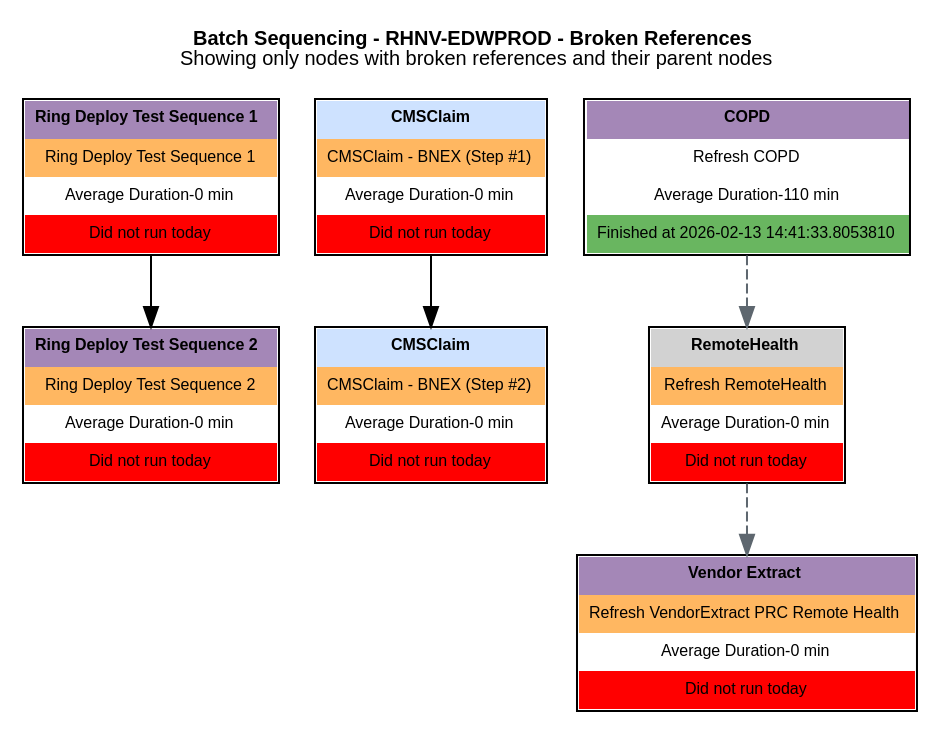
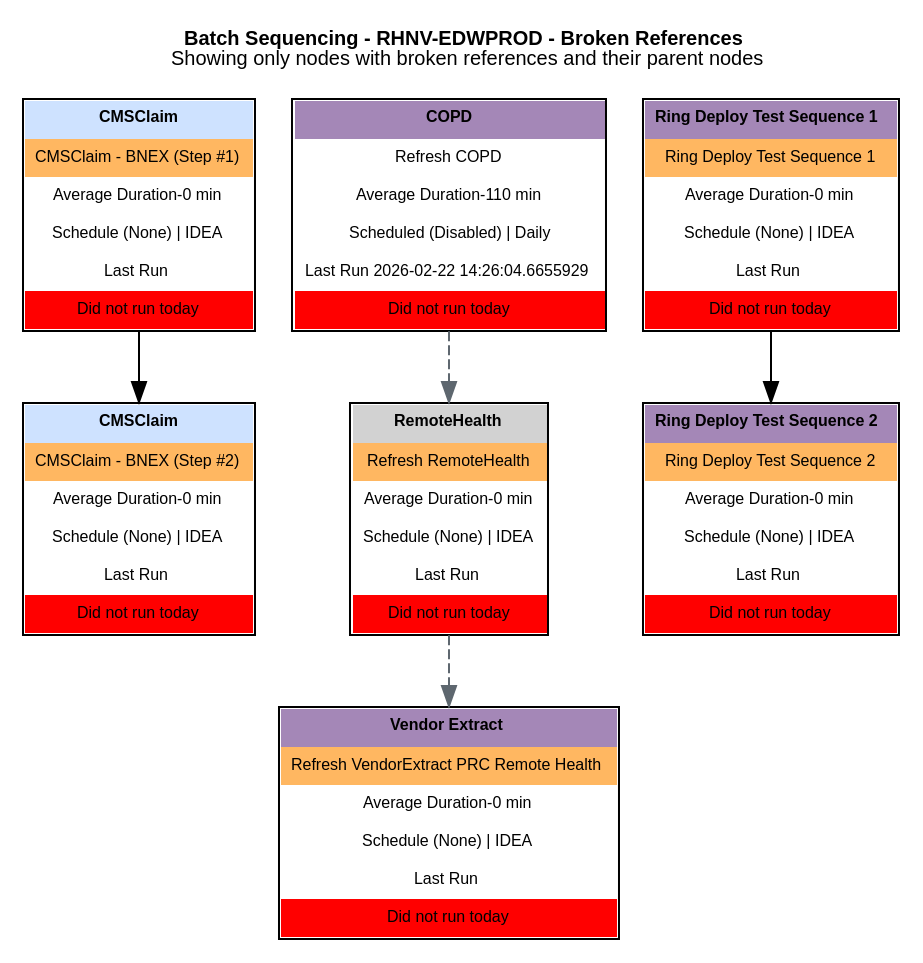
Before and after one commit to ronaldodiyar58811-prog/Ronalds-Random-Scripts: the diagram in ShowBatchSequences/GraphViz/BatchSequenceDetail-IDEA_RHNV-EDWPROD.RHNV.HOSTED_BrokenRefs.gv, drawn with Graphviz. The commit also changed 57 other files, not shown here.

```diff
--- a/ShowBatchSequences/GraphViz/BatchSequenceDetail-IDEA_RHNV-EDWPROD.RHNV.HOSTED_BrokenRefs.gv
+++ b/ShowBatchSequences/GraphViz/BatchSequenceDetail-IDEA_RHNV-EDWPROD.RHNV.HOSTED_BrokenRefs.gv
@@ -1,16 +1,16 @@
 digraph "Batch Sequencing - RHNV-EDWPROD"{
     graph [layout=dot, fontname=Arial, fontsize=10, labelloc=t, label=<<b>Batch Sequencing - RHNV-EDWPROD - Broken References</b><br />Showing only nodes with broken references and their parent nodes<br /> >];
     node [shape=none, margin=0, fontname=Arial, fontsize=8];
-    "Ring Deploy Test Sequence 2.Ring Deploy Test Sequence 2" [label=<<table border="1" cellspacing="0" cellpadding="5" cellborder="0"><tr><td bgcolor="#a487b7"><b>Ring Deploy Test Sequence 2</b></td></tr><tr><td bgcolor="#ffb255ed" data-cell-info="Broken References">Ring Deploy Test Sequence 2</td></tr><tr><td>Average Duration-0 min</td></tr><tr>Last Run <td bgcolor="#FF0000" style="color: #ffffff">Did not run today</td></tr></table>>];
-     "CMSClaim.CMSClaim - BNEX (Step #2)" [label=<<table border="1" cellspacing="0" cellpadding="5" cellborder="0"><tr><td bgcolor="#cee2ffff"><b>CMSClaim</b></td></tr><tr><td bgcolor="#ffb255ed" data-cell-info="Broken References">CMSClaim - BNEX (Step #2)</td></tr><tr><td>Average Duration-0 min</td></tr><tr>Last Run <td bgcolor="#FF0000" style="color: #ffffff">Did not run today</td></tr></table>>];
-     "CMSClaim.CMSClaim - BNEX (Step #1)" [label=<<table border="1" cellspacing="0" cellpadding="5" cellborder="0"><tr><td bgcolor="#cee2ffff"><b>CMSClaim</b></td></tr><tr><td bgcolor="#ffb255ed" data-cell-info="Broken References">CMSClaim - BNEX (Step #1)</td></tr><tr><td>Average Duration-0 min</td></tr><tr>Last Run <td bgcolor="#FF0000" style="color: #ffffff">Did not run today</td></tr></table>>];
-     "COPD.Refresh COPD" [label=<<table border="1" cellspacing="0" cellpadding="5" cellborder="0"><tr><td bgcolor="#a487b7"><b>COPD</b></td></tr><tr><td bgcolor="#ffffff">Refresh COPD</td></tr><tr><td>Average Duration-110 min</td></tr><tr><td bgcolor="#69b660ff">Finished at 2026-02-13 14:41:33.8053810</td></tr></table>>];
-     "Ring Deploy Test Sequence 1.Ring Deploy Test Sequence 1" [label=<<table border="1" cellspacing="0" cellpadding="5" cellborder="0"><tr><td bgcolor="#a487b7"><b>Ring Deploy Test Sequence 1</b></td></tr><tr><td bgcolor="#ffb255ed" data-cell-info="Broken References">Ring Deploy Test Sequence 1</td></tr><tr><td>Average Duration-0 min</td></tr><tr>Last Run <td bgcolor="#FF0000" style="color: #ffffff">Did not run today</td></tr></table>>];
-     "RemoteHealth.Refresh RemoteHealth" [label=<<table border="1" cellspacing="0" cellpadding="5" cellborder="0"><tr><td bgcolor="#cfcfcfed" data-cell-info="Broken References"><b>RemoteHealth</b></td></tr><tr><td bgcolor="#ffb255ed" data-cell-info="Broken References">Refresh RemoteHealth</td></tr><tr><td>Average Duration-0 min</td></tr><tr>Last Run <td bgcolor="#FF0000" style="color: #ffffff">Did not run today</td></tr></table>>];
-     "Vendor Extract.Refresh VendorExtract PRC Remote Health" [label=<<table border="1" cellspacing="0" cellpadding="5" cellborder="0"><tr><td bgcolor="#a487b7"><b>Vendor Extract</b></td></tr><tr><td bgcolor="#ffb255ed" data-cell-info="Broken References">Refresh VendorExtract PRC Remote Health</td></tr><tr><td>Average Duration-0 min</td></tr><tr>Last Run <td bgcolor="#FF0000" style="color: #ffffff">Did not run today</td></tr></table>>];
+    "CMSClaim.CMSClaim - BNEX (Step #1)" [label=<<table border="1" cellspacing="0" cellpadding="5" cellborder="0"><tr><td bgcolor="#cee2ffff"><b>CMSClaim</b></td></tr><tr><td bgcolor="#ffb255ed" data-cell-info="Broken References">CMSClaim - BNEX (Step #1)</td></tr><tr><td>Average Duration-0 min</td></tr><tr><td>Schedule (None) | IDEA</td></tr><tr><td>Last Run </td></tr><tr><td bgcolor="#FF0000" style="color: #ffffff">Did not run today</td></tr></table>>];
+     "COPD.Refresh COPD" [label=<<table border="1" cellspacing="0" cellpadding="5" cellborder="0"><tr><td bgcolor="#a487b7"><b>COPD</b></td></tr><tr><td bgcolor="#ffffff">Refresh COPD</td></tr><tr><td>Average Duration-110 min</td></tr><tr><td>Scheduled (Disabled) | Daily</td></tr><tr><td>Last Run 2026-02-22 14:26:04.6655929</td></tr><tr><td bgcolor="#FF0000" style="color: #ffffff">Did not run today</td></tr></table>>];
+     "Ring Deploy Test Sequence 1.Ring Deploy Test Sequence 1" [label=<<table border="1" cellspacing="0" cellpadding="5" cellborder="0"><tr><td bgcolor="#a487b7"><b>Ring Deploy Test Sequence 1</b></td></tr><tr><td bgcolor="#ffb255ed" data-cell-info="Broken References">Ring Deploy Test Sequence 1</td></tr><tr><td>Average Duration-0 min</td></tr><tr><td>Schedule (None) | IDEA</td></tr><tr><td>Last Run </td></tr><tr><td bgcolor="#FF0000" style="color: #ffffff">Did not run today</td></tr></table>>];
+     "CMSClaim.CMSClaim - BNEX (Step #2)" [label=<<table border="1" cellspacing="0" cellpadding="5" cellborder="0"><tr><td bgcolor="#cee2ffff"><b>CMSClaim</b></td></tr><tr><td bgcolor="#ffb255ed" data-cell-info="Broken References">CMSClaim - BNEX (Step #2)</td></tr><tr><td>Average Duration-0 min</td></tr><tr><td>Schedule (None) | IDEA</td></tr><tr><td>Last Run </td></tr><tr><td bgcolor="#FF0000" style="color: #ffffff">Did not run today</td></tr></table>>];
+     "RemoteHealth.Refresh RemoteHealth" [label=<<table border="1" cellspacing="0" cellpadding="5" cellborder="0"><tr><td bgcolor="#cfcfcfed" data-cell-info="Broken References"><b>RemoteHealth</b></td></tr><tr><td bgcolor="#ffb255ed" data-cell-info="Broken References">Refresh RemoteHealth</td></tr><tr><td>Average Duration-0 min</td></tr><tr><td>Schedule (None) | IDEA</td></tr><tr><td>Last Run </td></tr><tr><td bgcolor="#FF0000" style="color: #ffffff">Did not run today</td></tr></table>>];
+     "Ring Deploy Test Sequence 2.Ring Deploy Test Sequence 2" [label=<<table border="1" cellspacing="0" cellpadding="5" cellborder="0"><tr><td bgcolor="#a487b7"><b>Ring Deploy Test Sequence 2</b></td></tr><tr><td bgcolor="#ffb255ed" data-cell-info="Broken References">Ring Deploy Test Sequence 2</td></tr><tr><td>Average Duration-0 min</td></tr><tr><td>Schedule (None) | IDEA</td></tr><tr><td>Last Run </td></tr><tr><td bgcolor="#FF0000" style="color: #ffffff">Did not run today</td></tr></table>>];
+     "Vendor Extract.Refresh VendorExtract PRC Remote Health" [label=<<table border="1" cellspacing="0" cellpadding="5" cellborder="0"><tr><td bgcolor="#a487b7"><b>Vendor Extract</b></td></tr><tr><td bgcolor="#ffb255ed" data-cell-info="Broken References">Refresh VendorExtract PRC Remote Health</td></tr><tr><td>Average Duration-0 min</td></tr><tr><td>Schedule (None) | IDEA</td></tr><tr><td>Last Run </td></tr><tr><td bgcolor="#FF0000" style="color: #ffffff">Did not run today</td></tr></table>>];
 
     "COPD.Refresh COPD" -> "RemoteHealth.Refresh RemoteHealth" [href="https://rhnv-webprod.rhnv.hosted/IDEA-Web/applications/4/entry/49" style="dashed" color="#5E676F"]
      "CMSClaim.CMSClaim - BNEX (Step #1)" -> "CMSClaim.CMSClaim - BNEX (Step #2)" [href="https://rhnv-webprod.rhnv.hosted/IDEA-Web/applications/4/entry/29" target="_blank" rel="noopener noreferrer" style="solid"]
      "Ring Deploy Test Sequence 1.Ring Deploy Test Sequence 1" -> "Ring Deploy Test Sequence 2.Ring Deploy Test Sequence 2" [href="https://rhnv-webprod.rhnv.hosted/IDEA-Web/applications/4/entry/60" target="_blank" rel="noopener noreferrer" style="solid"]
      "RemoteHealth.Refresh RemoteHealth" -> "Vendor Extract.Refresh VendorExtract PRC Remote Health" [href="https://rhnv-webprod.rhnv.hosted/IDEA-Web/applications/4/entry/57" style="dashed" color="#5E676F"]
 }
```
